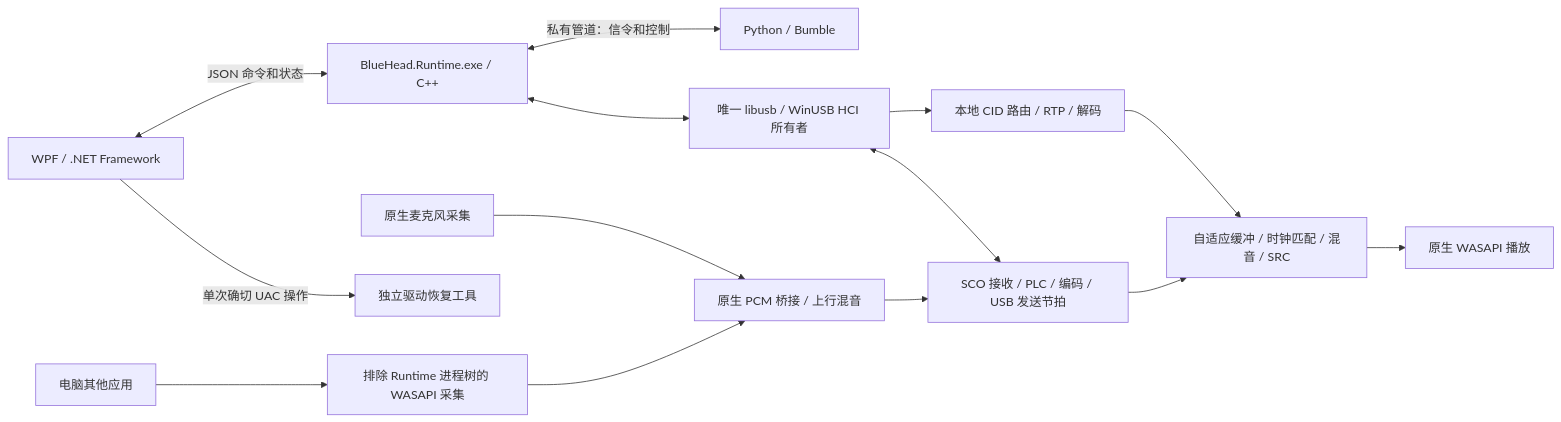
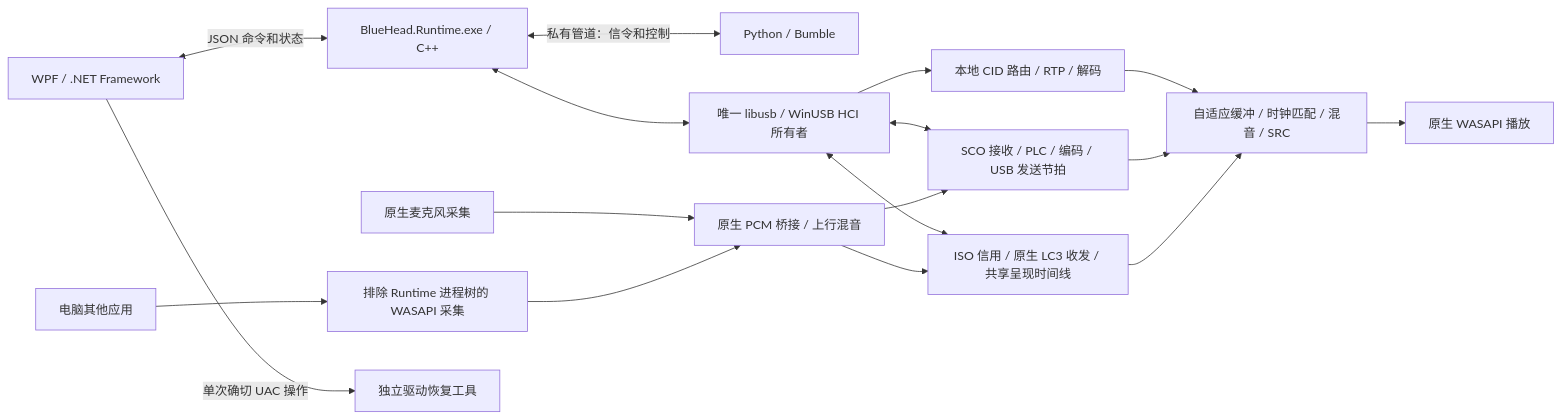
The diagram in docs/ARCHITECTURE.md (tingol666/BlueHead), drawn with Mermaid before and after one commit. The commit also changed other lines of this file and 289 other files, not shown here.

````diff
--- a/docs/ARCHITECTURE.md
+++ b/docs/ARCHITECTURE.md
@@ -30,16 +32,19 @@
 ```mermaid
 flowchart LR
   UI[WPF / .NET Framework] <-->|JSON 命令和状态| RT[BlueHead.Runtime.exe / C++]
   RT <-->|私有管道：信令和控制| Control[Python / Bumble]
   RT <--> USB[唯一 libusb / WinUSB HCI 所有者]
   USB --> Media[本地 CID 路由 / RTP / 解码]
   USB <--> Voice[SCO 接收 / PLC / 编码 / USB 发送节拍]
   Media --> Mix[自适应缓冲 / 时钟匹配 / 混音 / SRC]
   Voice --> Mix
+  USB <--> ISO[ISO 信用 / 原生 LC3 收发 / 共享呈现时间线]
+  ISO --> Mix
+  Bridge --> ISO
   Mix --> Output[原生 WASAPI 播放]
   Capture[原生麦克风采集] --> Bridge[原生 PCM 桥接 / 上行混音]
   Other[电脑其他应用] --> Exclude[排除 Runtime 进程树的 WASAPI 采集]
   Exclude --> Bridge
   Bridge --> Voice
   UI -->|单次确切 UAC 操作| Helper[独立驱动恢复工具]
 ```
````
